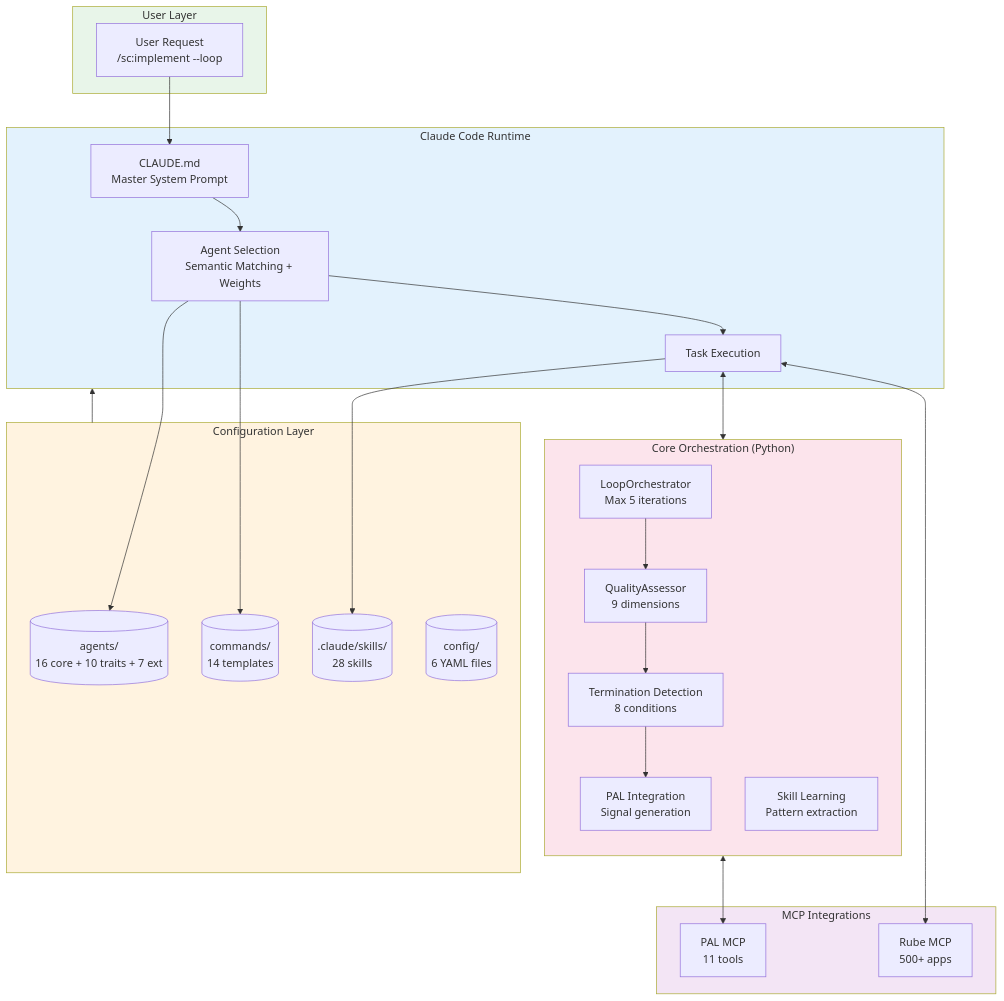
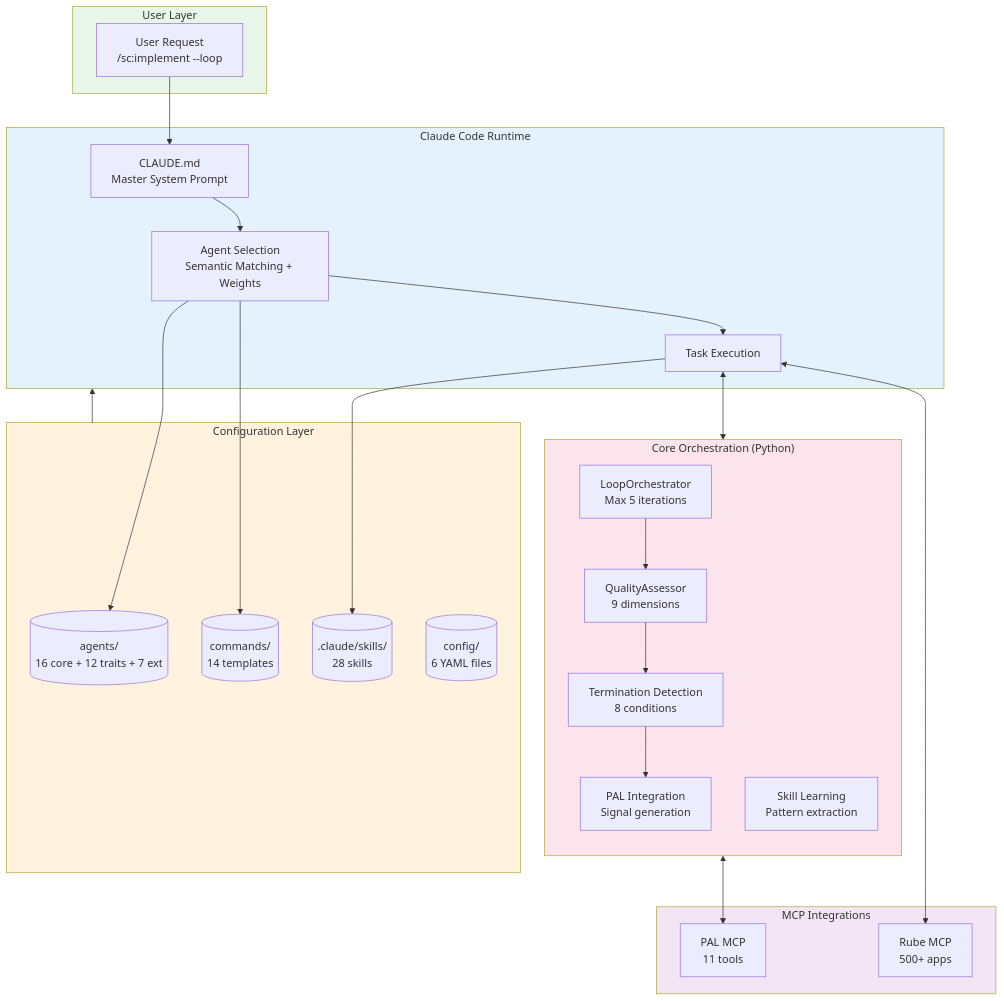
The first of 9 diagrams in README.md (Tony363/SuperClaude), drawn with Mermaid before and after one commit. The commit also changed other lines of this file and 14 other files, not shown here.

````diff
--- a/README.md
+++ b/README.md
@@ -123,53 +123,53 @@
 ```mermaid
 flowchart TB
     subgraph User["User Layer"]
         REQ["User Request<br/>/sc:implement --loop"]
     end
 
     subgraph Runtime["Claude Code Runtime"]
         CLAUDE["CLAUDE.md<br/>Master System Prompt"]
         SELECT["Agent Selection<br/>Semantic Matching + Weights"]
         EXEC["Task Execution"]
     end
 
     subgraph Config["Configuration Layer"]
-        AGENTS[("agents/<br/>16 core + 10 traits + 7 ext")]
+        AGENTS[("agents/<br/>16 core + 12 traits + 7 ext")]
         COMMANDS[("commands/<br/>14 templates")]
         SKILLS[(".claude/skills/<br/>28 skills")]
         YAML[("config/<br/>6 YAML files")]
     end
 
     subgraph Core["Core Orchestration (Python)"]
         direction TB
         LOOP["LoopOrchestrator<br/>Max 5 iterations"]
         QUALITY["QualityAssessor<br/>9 dimensions"]
         TERM["Termination Detection<br/>8 conditions"]
         PALINT["PAL Integration<br/>Signal generation"]
         LEARN["Skill Learning<br/>Pattern extraction"]
     end
 
     subgraph MCP["MCP Integrations"]
         PAL["PAL MCP<br/>11 tools"]
         RUBE["Rube MCP<br/>500+ apps"]
     end
 
     REQ --> CLAUDE
     CLAUDE --> SELECT
     SELECT --> AGENTS
     SELECT --> COMMANDS
     SELECT --> EXEC
     EXEC --> SKILLS
     EXEC <--> Core
     LOOP --> QUALITY
     QUALITY --> TERM
     TERM --> PALINT
     PALINT <--> PAL
     EXEC <--> RUBE
     Config --> Runtime
 
     style User fill:#e8f5e9
     style Runtime fill:#e3f2fd
     style Config fill:#fff3e0
     style Core fill:#fce4ec
     style MCP fill:#f3e5f5
 ```
````
